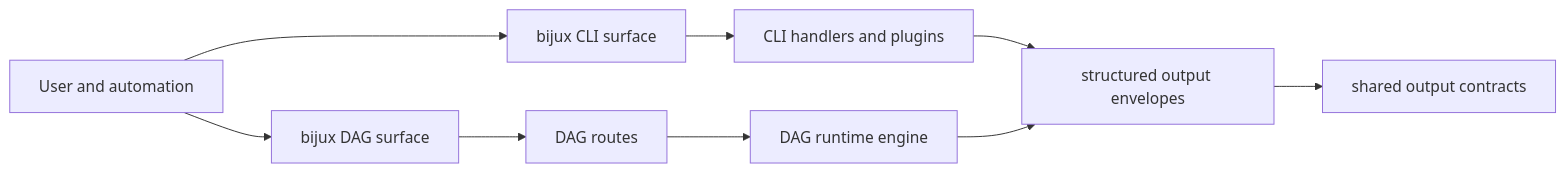
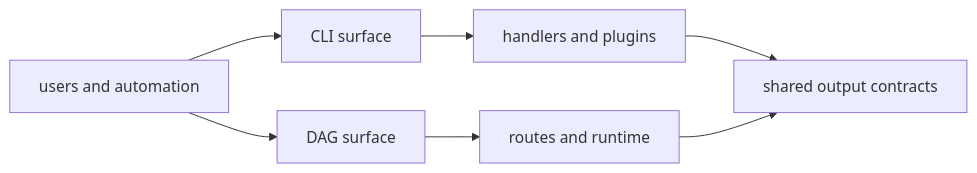
Before and after one commit to bijux/bijux-cli: the diagram in docs/bijux-core/architecture/runtime-surfaces.md, drawn with Mermaid. The commit also changed other lines of this file, not shown here.

Commit message:
docs(core-architecture): clarify runtime surfaces

````diff
--- a/docs/bijux-core/architecture/runtime-surfaces.md
+++ b/docs/bijux-core/architecture/runtime-surfaces.md
@@ -17,11 +20,9 @@
 ```mermaid
 flowchart LR
-    user[User and automation] --> cli[bijux CLI surface]
-    user --> dag[bijux DAG surface]
-    cli --> handlers[CLI handlers and plugins]
-    dag --> routes[DAG routes]
-    routes --> engine[DAG runtime engine]
-    handlers --> envelopes[structured output envelopes]
-    engine --> envelopes
-    envelopes --> contracts[shared output contracts]
+    user["users and automation"] --> cli["CLI surface"]
+    user --> dag["DAG surface"]
+    cli --> handlers["handlers and plugins"]
+    dag --> engine["routes and runtime"]
+    handlers --> contracts["shared output contracts"]
+    engine --> contracts
 ```
````
